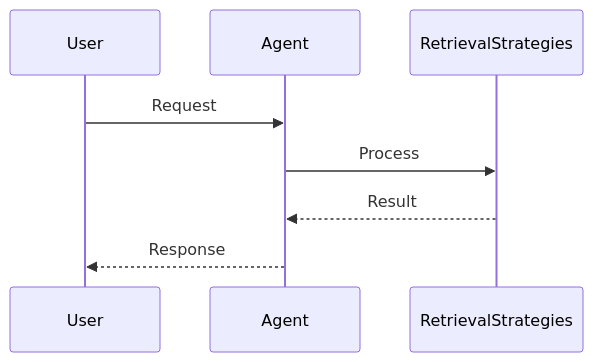
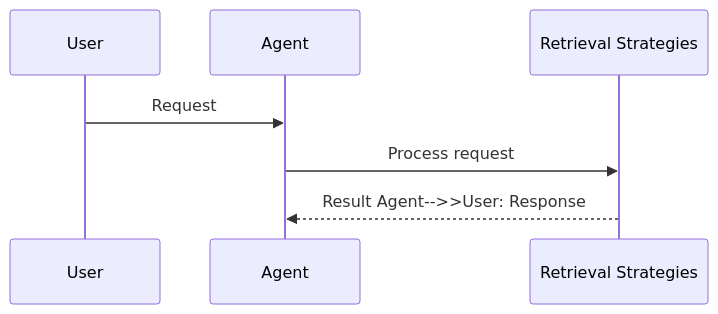
One commit to MervinPraison/PraisonAIDocs changed the second of 2 diagrams in docs/features/retrieval-strategies.mdx. Above: the diagram before and after it, drawn with Mermaid. The commit also changed 204 other files, not shown here.

First line of the commit message:
docs: align feature/tool pages with AGENTS.md hero + sequence + import standards (fixes #1775)

````diff
--- a/docs/features/retrieval-strategies.mdx
+++ b/docs/features/retrieval-strategies.mdx
@@ -45,11 +45,10 @@
 ```mermaid
 sequenceDiagram
     participant User
     participant Agent
-    participant RetrievalStrategies
+    participant Feature as Retrieval Strategies
 
     User->>Agent: Request
-    Agent->>RetrievalStrategies: Process
-    RetrievalStrategies-->>Agent: Result
-    Agent-->>User: Response
+    Agent->>Feature: Process request
+    Feature-->>Agent: Result    Agent-->>User: Response
 ```
````
